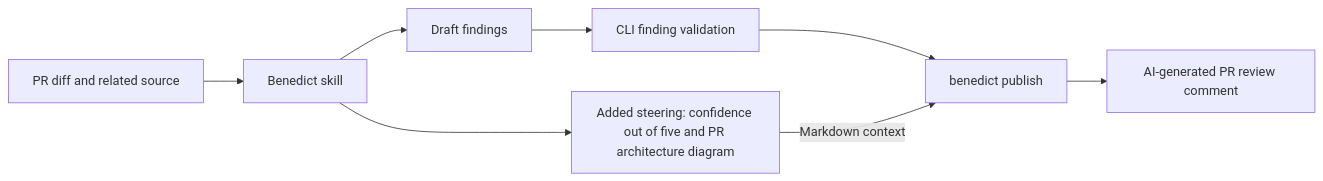
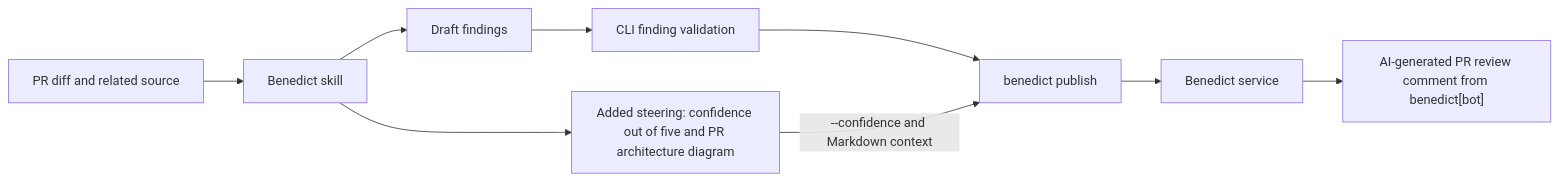
Before and after one commit to josh-borseth-fp-ai/benedict: the diagram in README.md, drawn with Mermaid. The commit also changed other lines of this file and 26 other files, not shown here.

````diff
--- a/README.md
+++ b/README.md
@@ -39,10 +39,11 @@
 ```mermaid
 flowchart LR
     D["PR diff and related source"] --> S["Benedict skill"]
     S --> F["Draft findings"]
     F --> V["CLI finding validation"]
     S --> C["Added steering: confidence out of five and PR architecture diagram"]
     V --> P["benedict publish"]
-    C -->|"Markdown context"| P
-    P --> G["AI-generated PR review comment"]
+    C -->|"--confidence and Markdown context"| P
+    P --> B["Benedict service"]
+    B --> G["AI-generated PR review comment from benedict[bot]"]
 ```
````
